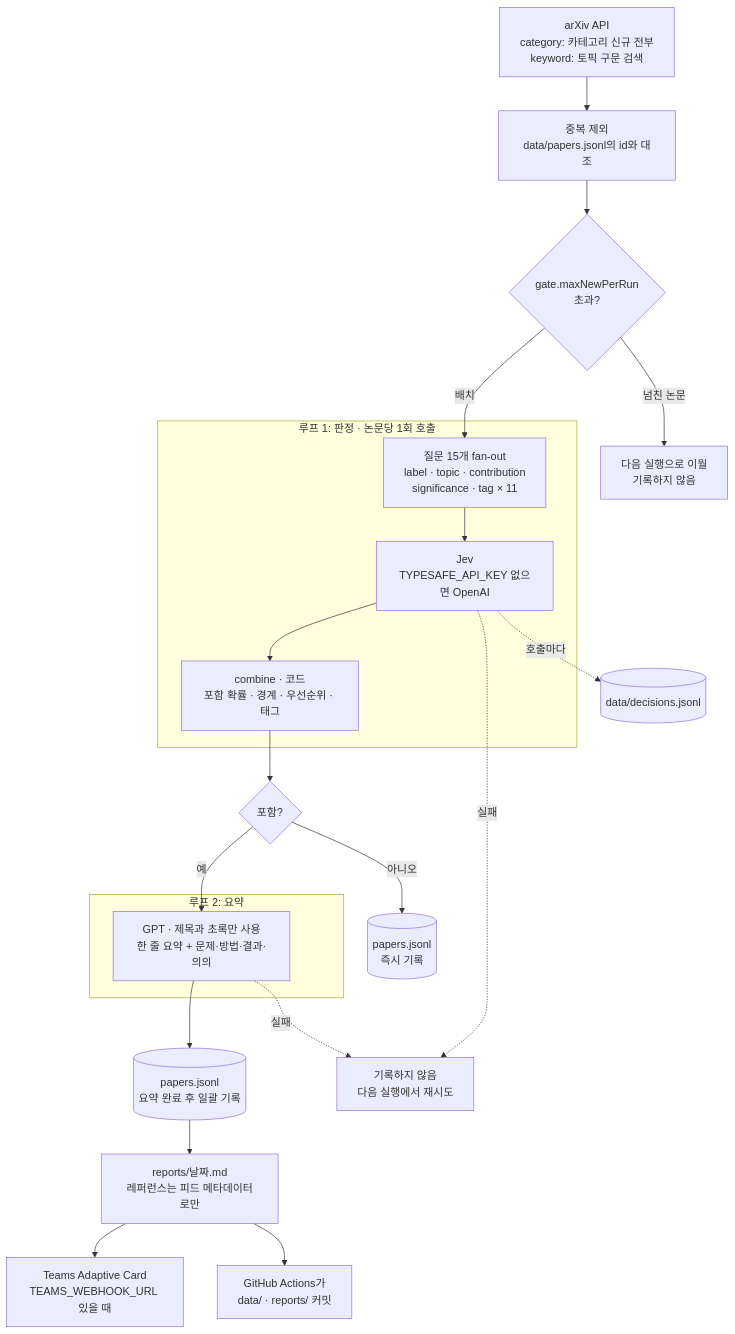
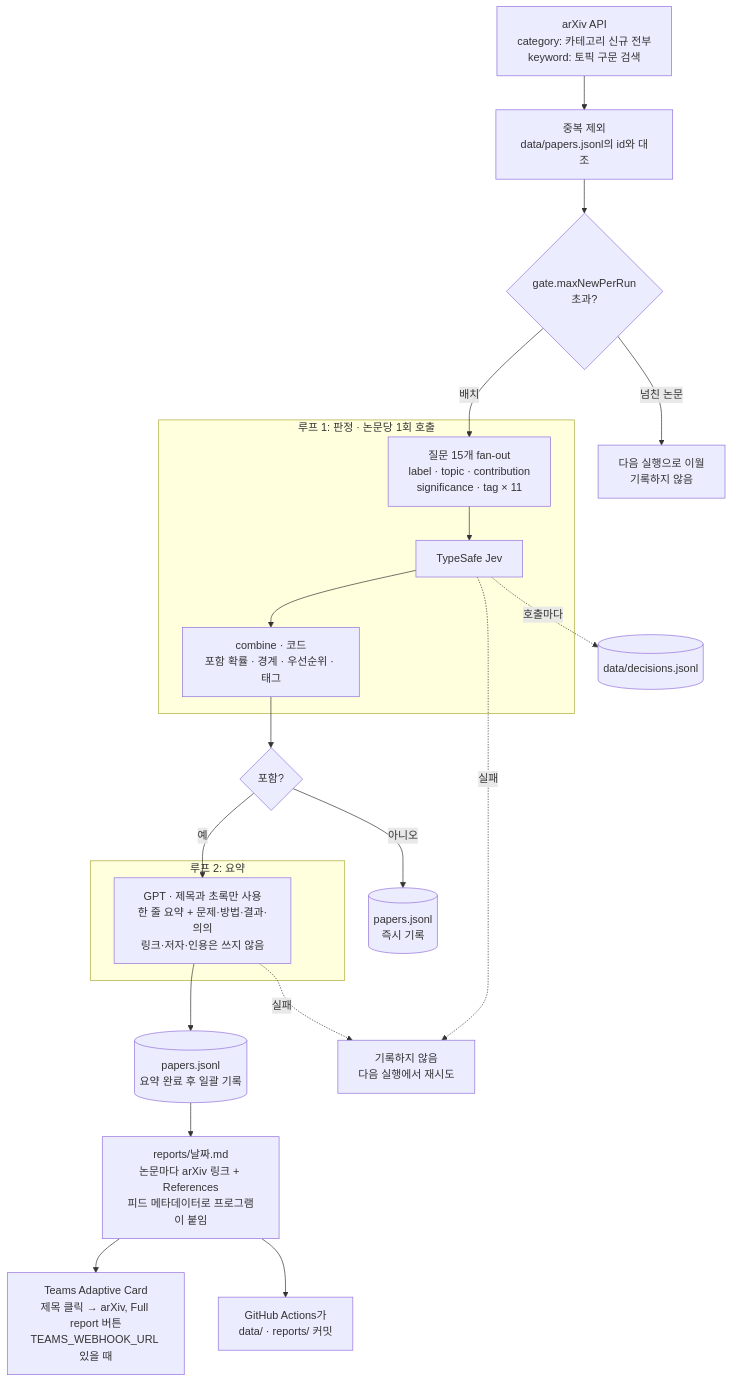
The diagram in README.md (nhchoi98/demo_trend_searcher), drawn with Mermaid before and after one commit. The commit also changed other lines of this file and 5 other files, not shown here.

````diff
--- a/README.md
+++ b/README.md
@@ -17,29 +17,29 @@
 ```mermaid
 flowchart TD
     A[arXiv API<br/>category: 카테고리 신규 전부<br/>keyword: 토픽 구문 검색] --> B[중복 제외<br/>data/papers.jsonl의 id와 대조]
     B --> C{gate.maxNewPerRun<br/>초과?}
     C -- 넘친 논문 --> D[다음 실행으로 이월<br/>기록하지 않음]
     C -- 배치 --> E
 
     subgraph L1[루프 1: 판정 · 논문당 1회 호출]
-        E[질문 15개 fan-out<br/>label · topic · contribution<br/>significance · tag × 11] --> F[Jev<br/>TYPESAFE_API_KEY 없으면 OpenAI]
+        E[질문 15개 fan-out<br/>label · topic · contribution<br/>significance · tag × 11] --> F[TypeSafe Jev]
         F --> G[combine · 코드<br/>포함 확률 · 경계 · 우선순위 · 태그]
     end
 
     F -. 호출마다 .-> H[(data/decisions.jsonl)]
     G --> I{포함?}
     I -- 아니오 --> J[(papers.jsonl<br/>즉시 기록)]
     I -- 예 --> K
 
     subgraph L2[루프 2: 요약]
-        K[GPT · 제목과 초록만 사용<br/>한 줄 요약 + 문제·방법·결과·의의]
+        K[GPT · 제목과 초록만 사용<br/>한 줄 요약 + 문제·방법·결과·의의<br/>링크·저자·인용은 쓰지 않음]
     end
 
     K --> M[(papers.jsonl<br/>요약 완료 후 일괄 기록)]
-    M --> N[reports/날짜.md<br/>레퍼런스는 피드 메타데이터로만]
-    N --> O[Teams Adaptive Card<br/>TEAMS_WEBHOOK_URL 있을 때]
+    M --> N[reports/날짜.md<br/>논문마다 arXiv 링크 + References<br/>피드 메타데이터로 프로그램이 붙임]
+    N --> O[Teams Adaptive Card<br/>제목 클릭 → arXiv, Full report 버튼<br/>TEAMS_WEBHOOK_URL 있을 때]
     N --> P[GitHub Actions가<br/>data/ · reports/ 커밋]
 
     F -. 실패 .-> Q[기록하지 않음<br/>다음 실행에서 재시도]
     K -. 실패 .-> Q
 ```
````
